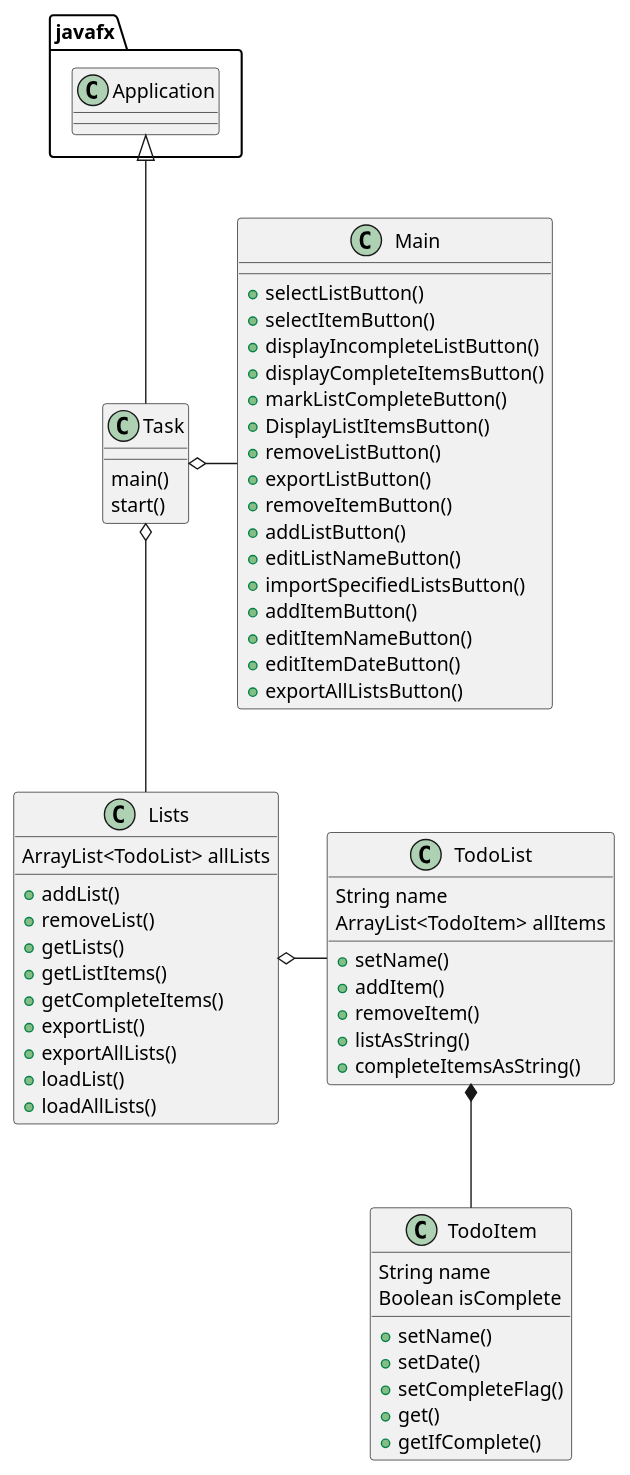
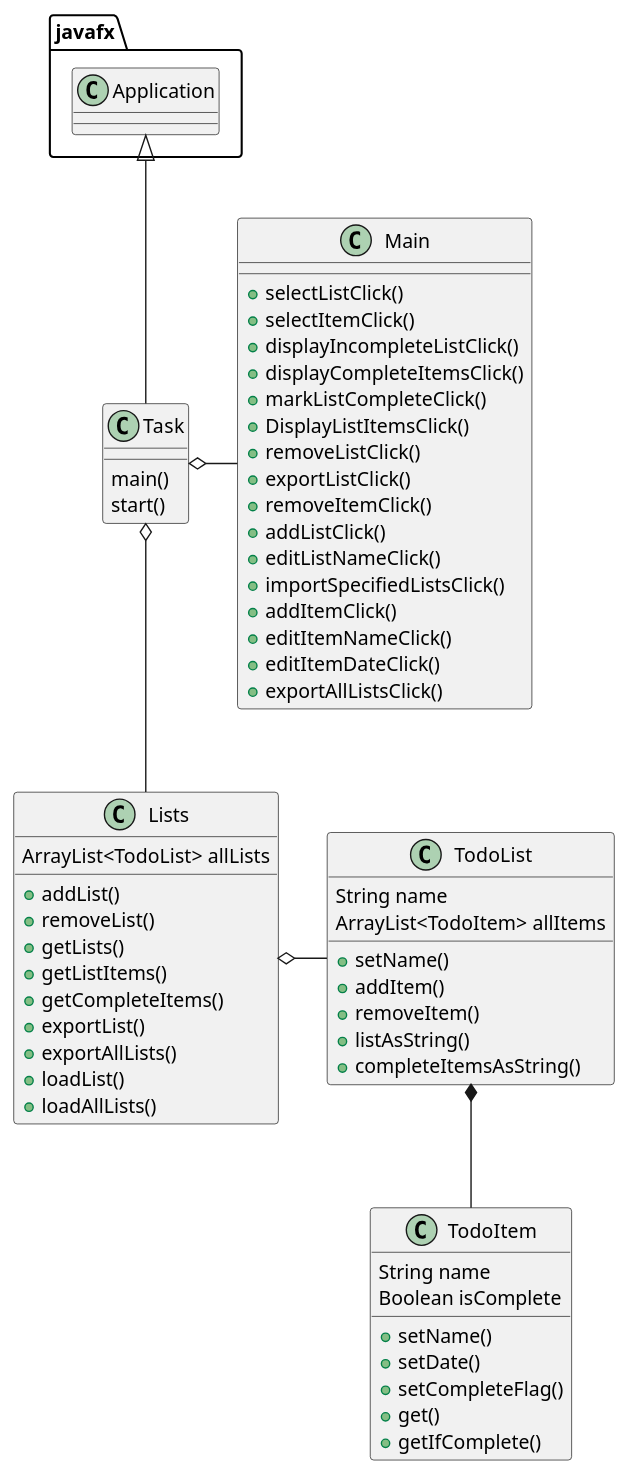
One commit to tkommoju3/kommoju-cop3330-assignment4 changed the diagram in uml/classDiagram.puml. Above: the diagram before and after it, drawn with PlantUML.

```diff
--- a/uml/classDiagram.puml
+++ b/uml/classDiagram.puml
@@ -1,69 +1,69 @@
 @startuml
 'https://plantuml.com/class-diagram
 
 class Task{
     main()
     start()
 }
 
 class Main{
-    +selectListButton()
-    +selectItemButton()
-    +displayIncompleteListButton()
-    +displayCompleteItemsButton()
-    +markListCompleteButton()
-    +DisplayListItemsButton()
-    +removeListButton()
-    +exportListButton()
-    +removeItemButton()
-    +addListButton()
-    +editListNameButton()
-    +importSpecifiedListsButton()
-    +addItemButton()
-    +editItemNameButton()
-    +editItemDateButton()
-    +exportAllListsButton()
+    +selectListClick()
+    +selectItemClick()
+    +displayIncompleteListClick()
+    +displayCompleteItemsClick()
+    +markListCompleteClick()
+    +DisplayListItemsClick()
+    +removeListClick()
+    +exportListClick()
+    +removeItemClick()
+    +addListClick()
+    +editListNameClick()
+    +importSpecifiedListsClick()
+    +addItemClick()
+    +editItemNameClick()
+    +editItemDateClick()
+    +exportAllListsClick()
 }
 
 class Lists{
     ArrayList<TodoList> allLists
 
     +addList()
     +removeList()
     +getLists()
     +getListItems()
     +getCompleteItems()
     +exportList()
     +exportAllLists()
     +loadList()
     +loadAllLists()
 }
 
 class TodoList{
     String name
     ArrayList<TodoItem> allItems
 
     +setName()
     +addItem()
     +removeItem()
     +listAsString()
     +completeItemsAsString()
 }
 
 class TodoItem{
     String name
     Boolean isComplete
 
     +setName()
     +setDate()
     +setCompleteFlag()
     +get()
     +getIfComplete()
 }
 
 javafx.Application <|-- Task
 Task o-- Lists
 Task o- Main
 TodoList *-- TodoItem
 Lists o- TodoList
 @enduml
```
